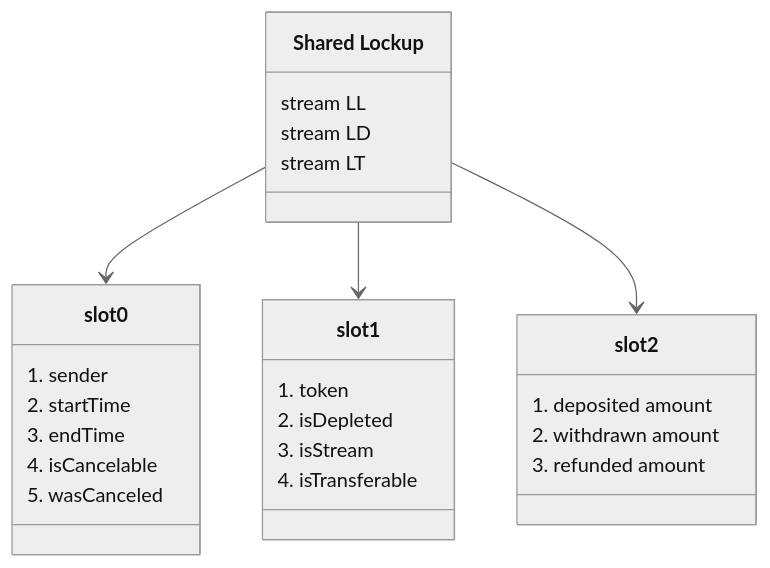
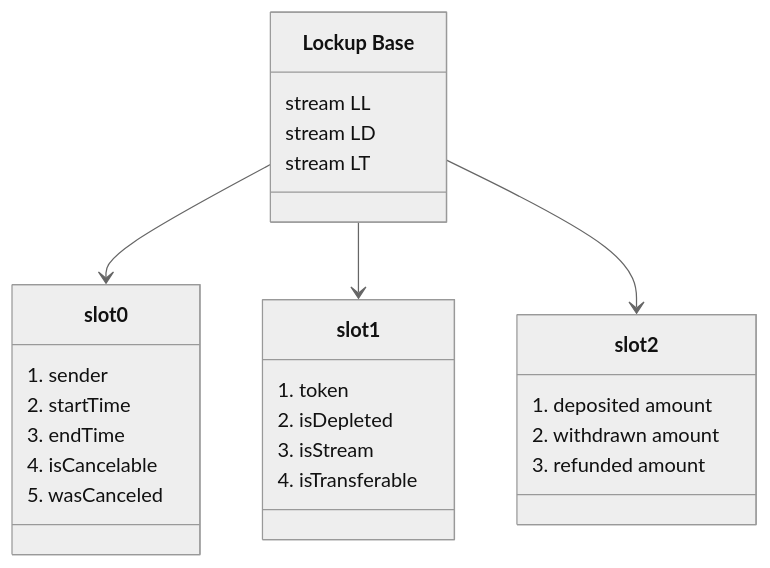
The first of 7 diagrams in docs/reference/lockup/01-diagrams.md (sablier-labs/docs), drawn with Mermaid (neutral theme) before and after one commit. The commit also changed other lines of this file and 7 other files, not shown here.

First line of the commit message:
docs: campaign verification guide and update flow diagram (#226)

````diff
--- a/docs/reference/lockup/01-diagrams.md
+++ b/docs/reference/lockup/01-diagrams.md
@@ -17,30 +17,30 @@
 ```mermaid
 classDiagram
   class slot0 {
     1. sender
     2. startTime
     3. endTime
     4. isCancelable
     5. wasCanceled
   }
   class slot1 {
     1. token
     2. isDepleted
     3. isStream
     4. isTransferable
   }
   class slot2 {
     1. deposited amount
     2. withdrawn amount
     3. refunded amount
   }
-  class `Shared Lockup` {
+  class `Lockup Base` {
     stream LL
     stream LD
     stream LT
   }
 
-  `Shared Lockup` --> slot0
-  `Shared Lockup` --> slot1
-  `Shared Lockup` --> slot2
+  `Lockup Base` --> slot0
+  `Lockup Base` --> slot1
+  `Lockup Base` --> slot2
 ```
````
